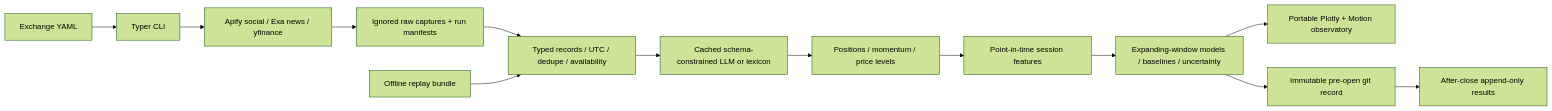
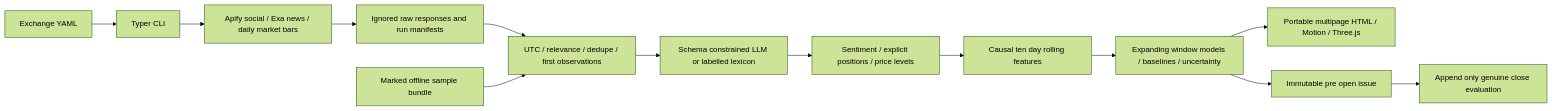
The diagram in README.md (gokhale-atharva/crowd-signal-research), drawn with Mermaid (forest theme) before and after one commit. The commit also changed other lines of this file and 50 other files, not shown here.

Commit message:
Complete causal sentiment release and evaluate pre-open forecasts

````diff
--- a/README.md
+++ b/README.md
@@ -24,15 +19,15 @@
 ```mermaid
 flowchart LR
  YAML[Exchange YAML] --> CLI[Typer CLI]
- CLI --> Collect[Apify social / Exa news / yfinance]
- Collect --> Raw[Ignored raw captures + run manifests]
- Raw --> Clean[Typed records / UTC / dedupe / availability]
- Clean --> Extract[Cached schema-constrained LLM or lexicon]
- Extract --> Signals[Positions / momentum / price levels]
- Signals --> Features[Point-in-time session features]
- Features --> Validate[Expanding-window models / baselines / uncertainty]
- Validate --> HTML[Portable Plotly + Motion observatory]
- Validate --> Forecast[Immutable pre-open git record]
- Forecast --> Evaluate[After-close append-only results]
- Bundle[Offline replay bundle] --> Clean
+ CLI --> Capture[Apify social / Exa news / daily market bars]
+ Capture --> Cache[Ignored raw responses and run manifests]
+ Cache --> Normalize[UTC / relevance / dedupe / first observations]
+ Normalize --> Extract[Schema constrained LLM or labelled lexicon]
+ Extract --> Signals[Sentiment / explicit positions / price levels]
+ Signals --> Features[Causal ten day rolling features]
+ Features --> Models[Expanding window models / baselines / uncertainty]
+ Models --> Report[Portable multipage HTML / Motion / Three.js]
+ Models --> Issue[Immutable pre open issue]
+ Issue --> Outcome[Append only genuine close evaluation]
+ Replay[Marked offline sample bundle] --> Normalize
 ```
````
